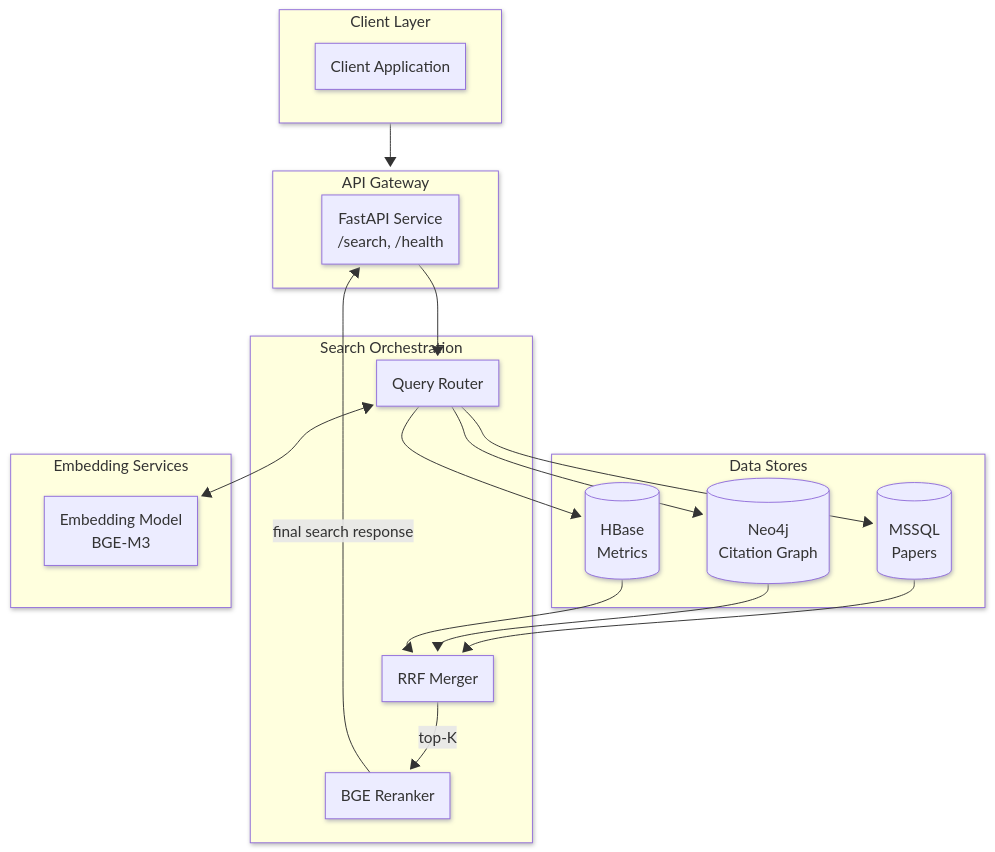
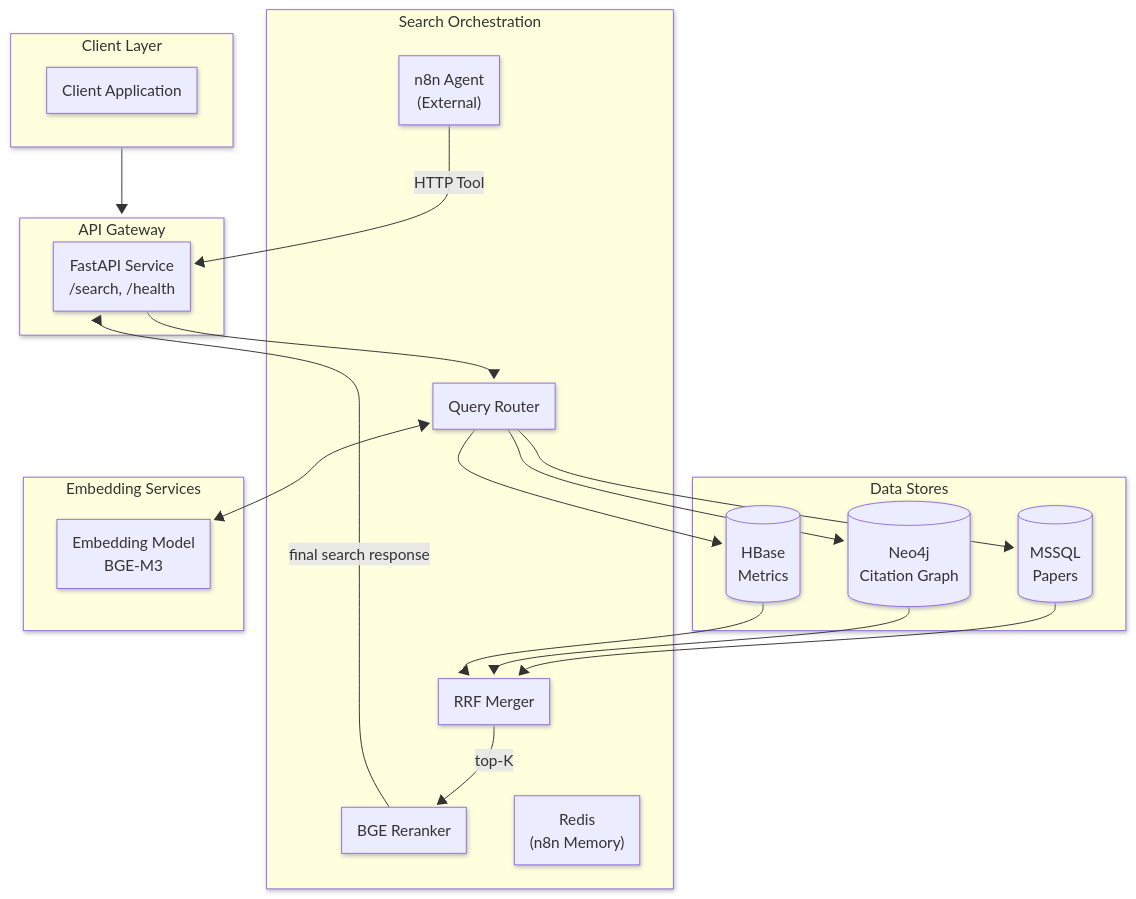
Before and after one commit to ydkulks/SemanticSearchEngine: the first of 3 diagrams in Plan.md, drawn with Mermaid. The commit also changed other lines of this file, not shown here.

````diff
--- a/Plan.md
+++ b/Plan.md
@@ -14,37 +14,40 @@
 ```mermaid
 ---
 config:
   look: neo
   theme: default
   layout: fixed
 ---
 flowchart TB
  subgraph subGraph0["Client Layer"]
         Client["Client Application"]
   end
  subgraph subGraph1["API Gateway"]
         FastAPI["FastAPI Service<br>/search, /health"]
   end
- subgraph subGraph2["Search Orchestration"]
+subgraph subGraph2["Search Orchestration"]
         Router["Query Router"]
         RRF["RRF Merger"]
         Reranker["BGE Reranker"]
+        N8N["n8n Agent<br/>(External)"]
+        Redis["Redis<br/>(n8n Memory)"]
   end
  subgraph subGraph3["Data Stores"]
         MSSQL[("MSSQL<br>Papers")]
         Neo4j[("Neo4j<br>Citation Graph")]
         HBase[("HBase<br>Metrics")]
   end
  subgraph subGraph4["Embedding Services"]
         Embedder["Embedding Model<br>BGE-M3"]
   end
     FastAPI --> Router
     Router --> MSSQL & Neo4j & HBase
     Router <--> Embedder
     MSSQL --> RRF
     Neo4j --> RRF
     HBase --> RRF
     RRF -- "top-K" --> Reranker
     Reranker -- final search response --> FastAPI
+    N8N -->|HTTP Tool| FastAPI
     subGraph0 --> subGraph1
 ```
````
